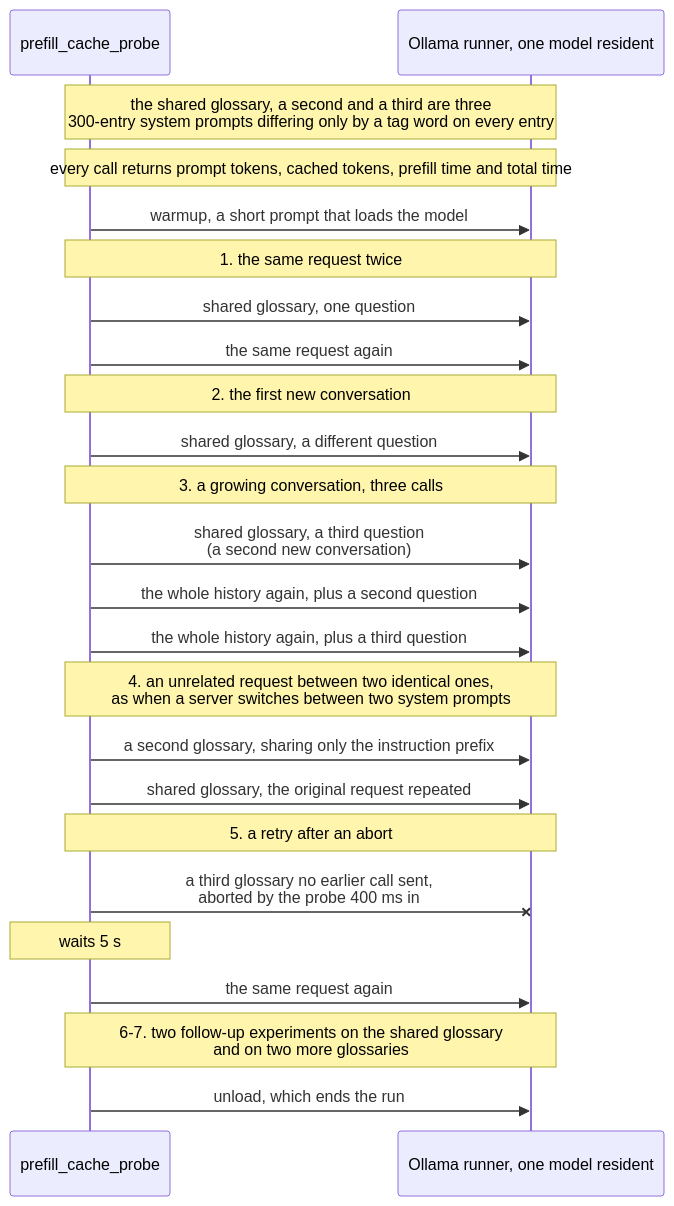
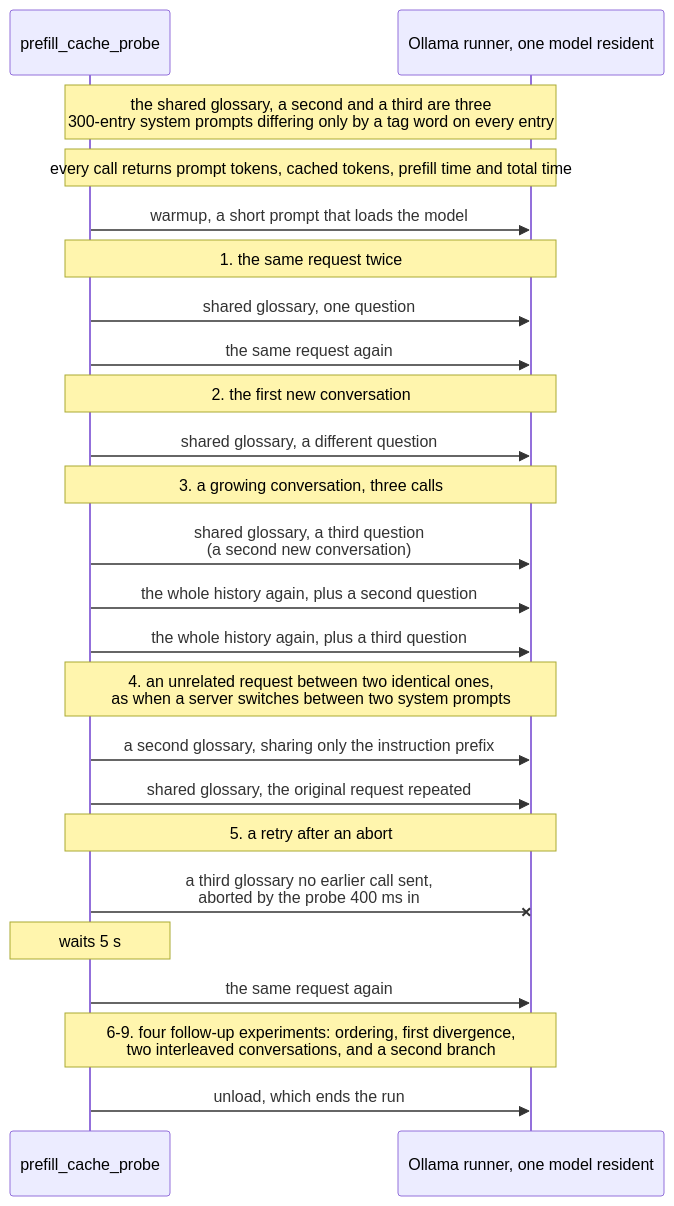
One commit to freemansoft/Flutter-AdaptiveCards changed the first of 3 diagrams in adaptive_chat_server_dart/blog/article-8-prompt-cache-draft.md. Above: the diagram before and after it, drawn with Mermaid. The commit also changed other lines of this file and 29 other files, not shown here.

First line of the commit message:
feat(chat-server): measure the one-batch rollback, interleaved conversations, and an int4 MLX control

````diff
--- a/adaptive_chat_server_dart/blog/article-8-prompt-cache-draft.md
+++ b/adaptive_chat_server_dart/blog/article-8-prompt-cache-draft.md
@@ -66,34 +66,34 @@
 ```mermaid
 sequenceDiagram
   participant P as prefill_cache_probe
   participant O as Ollama runner, one model resident
 
   Note over P,O: the shared glossary, a second and a third are three<br/>300-entry system prompts differing only by a tag word on every entry
   Note over P,O: every call returns prompt tokens, cached tokens, prefill time and total time
 
   P->>O: warmup, a short prompt that loads the model
 
   Note over P,O: 1. the same request twice
   P->>O: shared glossary, one question
   P->>O: the same request again
 
   Note over P,O: 2. the first new conversation
   P->>O: shared glossary, a different question
 
   Note over P,O: 3. a growing conversation, three calls
   P->>O: shared glossary, a third question<br/>(a second new conversation)
   P->>O: the whole history again, plus a second question
   P->>O: the whole history again, plus a third question
 
   Note over P,O: 4. an unrelated request between two identical ones,<br/>as when a server switches between two system prompts
   P->>O: a second glossary, sharing only the instruction prefix
   P->>O: shared glossary, the original request repeated
 
   Note over P,O: 5. a retry after an abort
   P-xO: a third glossary no earlier call sent,<br/>aborted by the probe 400 ms in
   Note over P: waits 5 s
   P->>O: the same request again
 
-  Note over P,O: 6-7. two follow-up experiments on the shared glossary<br/>and on two more glossaries
+  Note over P,O: 6-9. four follow-up experiments: ordering, first divergence,<br/>two interleaved conversations, and a second branch
   P->>O: unload, which ends the run
 ```
````
